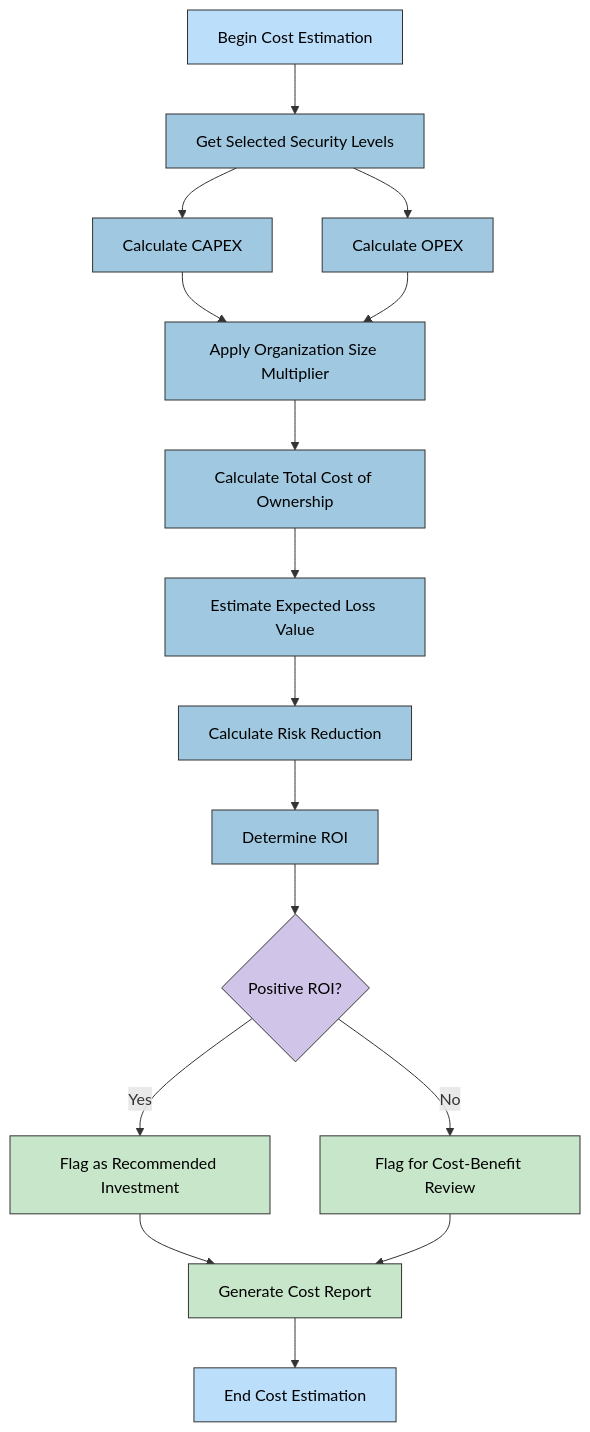
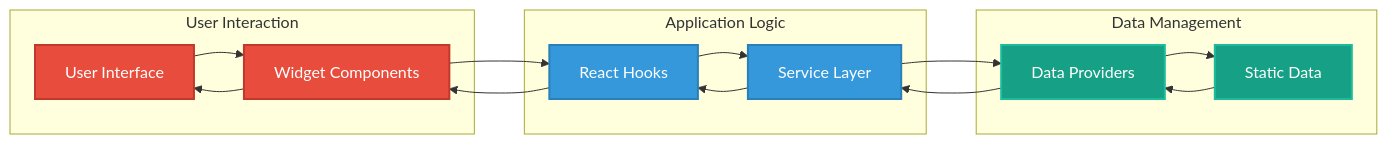
One commit to Hack23/cia-compliance-manager changed the third of 5 diagrams in docs/architecture/FLOWCHART.md. Above: the diagram before and after it, drawn with Mermaid. The commit also changed other lines of this file and 7 other files, not shown here.

````diff
--- a/docs/architecture/FLOWCHART.md
+++ b/docs/architecture/FLOWCHART.md
@@ -118,34 +81,37 @@
 ```mermaid
-flowchart TD
-    A[Begin Cost Estimation] --> B[Get Selected Security Levels]
-    B --> C1[Calculate CAPEX]
-    B --> C2[Calculate OPEX]
-
-    C1 --> D[Apply Organization Size Multiplier]
-    C2 --> D
-    D --> E[Calculate Total Cost of Ownership]
-
-    E --> F[Estimate Expected Loss Value]
-    F --> G[Calculate Risk Reduction]
-    G --> H[Determine ROI]
-
-    H --> I{Positive ROI?}
-    I -->|Yes| J1[Flag as Recommended Investment]
-    I -->|No| J2[Flag for Cost-Benefit Review]
-
-    J1 --> K[Generate Cost Report]
-    J2 --> K
-    K --> L[End Cost Estimation]
-
-    %% Cool color scheme
-    classDef startState fill:#bbdefb,stroke:#333,stroke-width:1px,color:black
-    classDef calc fill:#a0c8e0,stroke:#333,stroke-width:1px,color:black
-    classDef decision fill:#d1c4e9,stroke:#333,stroke-width:1px,color:black
-    classDef result fill:#c8e6c9,stroke:#333,stroke-width:1px,color:black
-    classDef endState fill:#86b5d9,stroke:#333,stroke-width:1px,color:black
-
-    class A,L startState
-    class B,C1,C2,D,E,F,G,H calc
-    class I decision
-    class J1,J2,K result
+flowchart LR
+    subgraph "User Interaction"
+        UI[User Interface]
+        Widgets[Widget Components]
+    end
+    
+    subgraph "Application Logic"
+        Hooks[React Hooks]
+        Services[Service Layer]
+    end
+    
+    subgraph "Data Management"
+        Providers[Data Providers]
+        Data[Static Data]
+    end
+    
+    UI --> Widgets
+    Widgets --> Hooks
+    Hooks --> Services
+    Services --> Providers
+    Providers --> Data
+    Data --> Providers
+    Providers --> Services
+    Services --> Hooks
+    Hooks --> Widgets
+    Widgets --> UI
+    
+    %% Apply styles using class definitions
+    classDef ui fill:#e74c3c,stroke:#c0392b,stroke-width:2px,color:white
+    classDef logic fill:#3498db,stroke:#2980b9,stroke-width:2px,color:white
+    classDef data fill:#16a085,stroke:#1abc9c,stroke-width:2px,color:white
+    
+    class UI,Widgets ui
+    class Hooks,Services logic
+    class Providers,Data data
 ```
````
